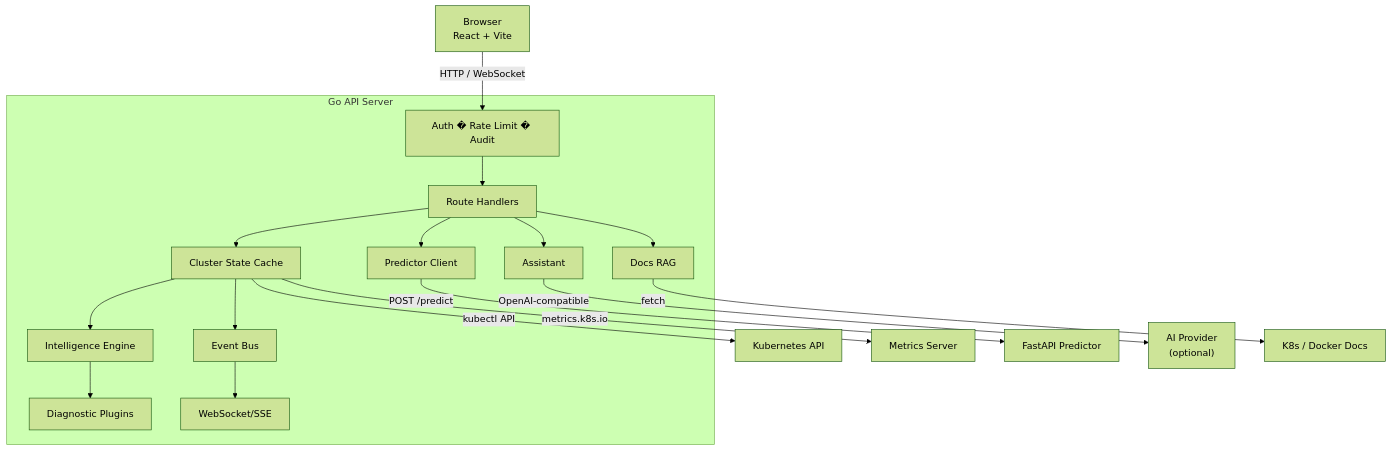
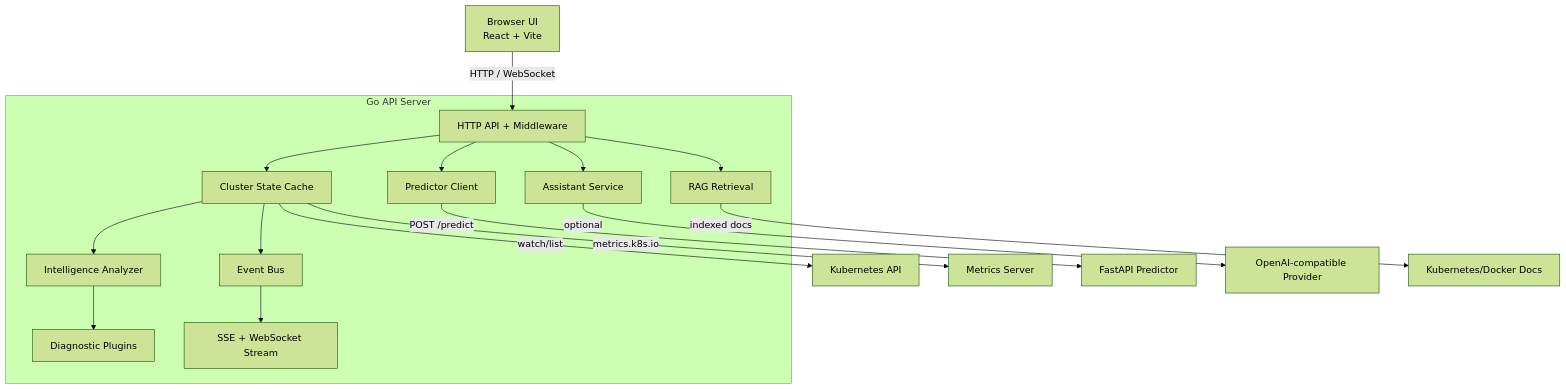
One commit to AnouarMohamed/KubLens-AI changed the diagram in docs/ARCHITECTURE.md. Above: the diagram before and after it, drawn with Mermaid (forest theme). The commit also changed other lines of this file and 37 other files, not shown here.

````diff
--- a/docs/ARCHITECTURE.md
+++ b/docs/ARCHITECTURE.md
@@ -5,22 +7,21 @@
 ```mermaid
 flowchart TD
-    Browser["Browser\nReact + Vite"] -->|HTTP / WebSocket| MW
+    Browser["Browser UI\nReact + Vite"] -->|HTTP / WebSocket| API
 
-    subgraph API ["Go API Server"]
-        MW["Auth � Rate Limit � Audit"] --> Handlers["Route Handlers"]
-        Handlers --> Cache["Cluster State Cache"]
-        Cache --> Intel["Intelligence Engine"]
-        Intel --> Plugins["Diagnostic Plugins"]
-        Handlers --> Pred["Predictor Client"]
-        Handlers --> Asst["Assistant"]
-        Handlers --> RAG["Docs RAG"]
-        Cache --> Bus["Event Bus"]
-        Bus --> Stream["WebSocket/SSE"]
+    subgraph API_RUNTIME ["Go API Server"]
+      API["HTTP API + Middleware"] --> Cache["Cluster State Cache"]
+      API --> Assistant["Assistant Service"]
+      API --> PredictorClient["Predictor Client"]
+      API --> RAG["RAG Retrieval"]
+      Cache --> Intelligence["Intelligence Analyzer"]
+      Intelligence --> Plugins["Diagnostic Plugins"]
+      Cache --> Bus["Event Bus"]
+      Bus --> Stream["SSE + WebSocket Stream"]
     end
 
-    Cache -->|kubectl API| K8S["Kubernetes API"]
-    Cache -->|metrics.k8s.io| Metrics["Metrics Server"]
-    Pred -->|POST /predict| FastAPI["FastAPI Predictor"]
-    Asst -->|OpenAI-compatible| LLM["AI Provider\n(optional)"]
-    RAG -->|fetch| Docs["K8s / Docker Docs"]
+    Cache -->|watch/list| K8S["Kubernetes API"]
+    Cache -->|metrics.k8s.io| MetricsServer["Metrics Server"]
+    PredictorClient -->|POST /predict| Predictor["FastAPI Predictor"]
+    Assistant -->|optional| LLM["OpenAI-compatible Provider"]
+    RAG -->|indexed docs| Docs["Kubernetes/Docker Docs"]
 ```
````
